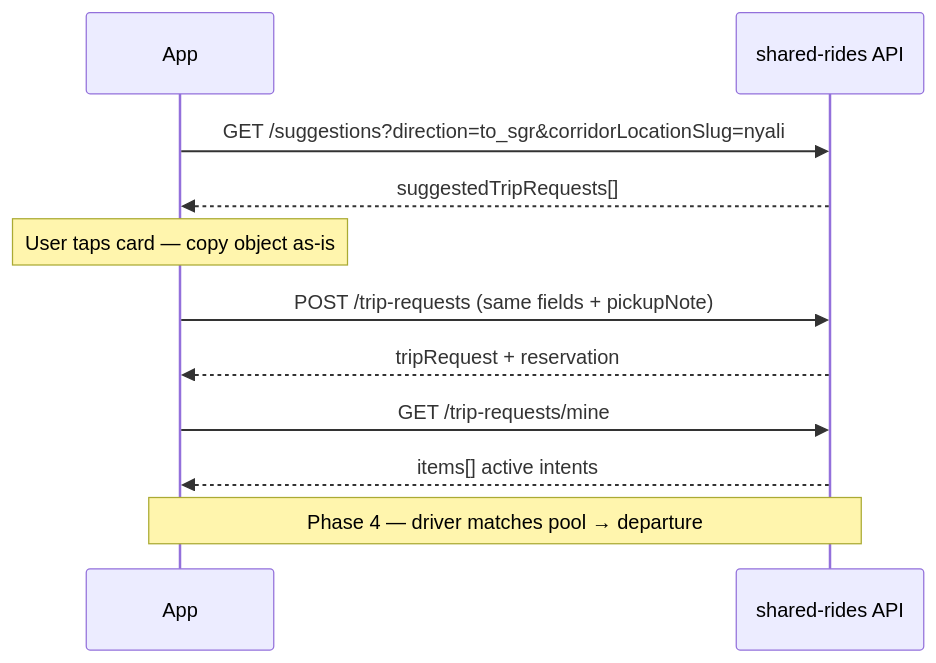
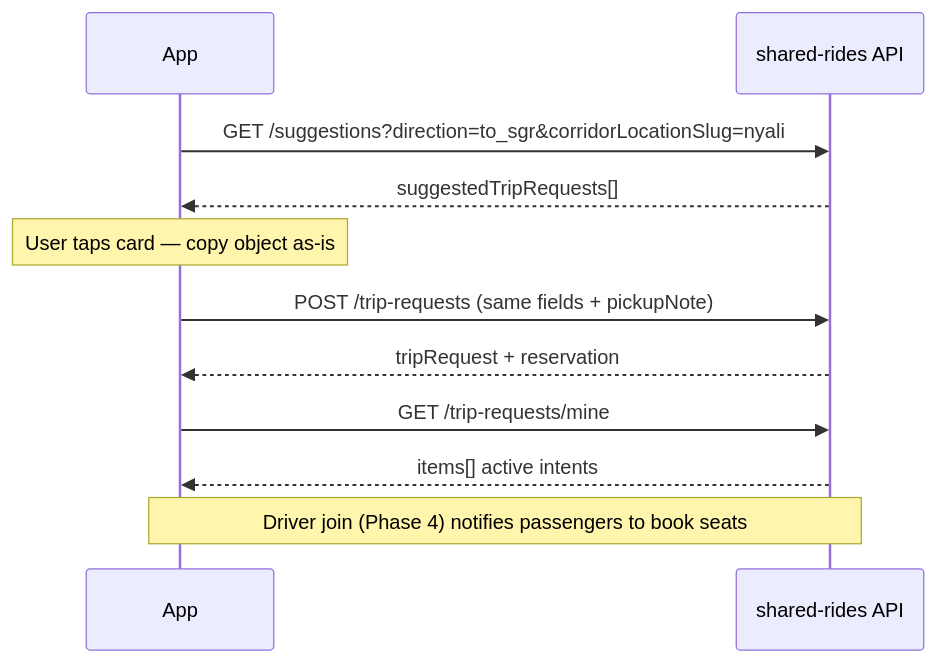
Before and after one commit to JosephThuku/songa-backend: the second of 5 diagrams in docs/SHARED_RIDES_MOBILE_FLOW.md, drawn with Mermaid. The commit also changed other lines of this file and 12 other files, not shown here.

First line of the commit message:
feat(shared-rides): Phase 4 driver supply and departure lifecycle

````diff
--- a/docs/SHARED_RIDES_MOBILE_FLOW.md
+++ b/docs/SHARED_RIDES_MOBILE_FLOW.md
@@ -133,18 +138,18 @@
 ```mermaid
 sequenceDiagram
   participant App
   participant API as shared-rides API
 
   App->>API: GET /suggestions?direction=to_sgr&corridorLocationSlug=nyali
   API-->>App: suggestedTripRequests[]
 
   Note over App: User taps card — copy object as-is
 
   App->>API: POST /trip-requests (same fields + pickupNote)
   API-->>App: tripRequest + reservation
 
   App->>API: GET /trip-requests/mine
   API-->>App: items[] active intents
 
-  Note over App,API: Phase 4 — driver matches pool → departure
+  Note over App,API: Driver join (Phase 4) notifies passengers to book seats
 ```
````
